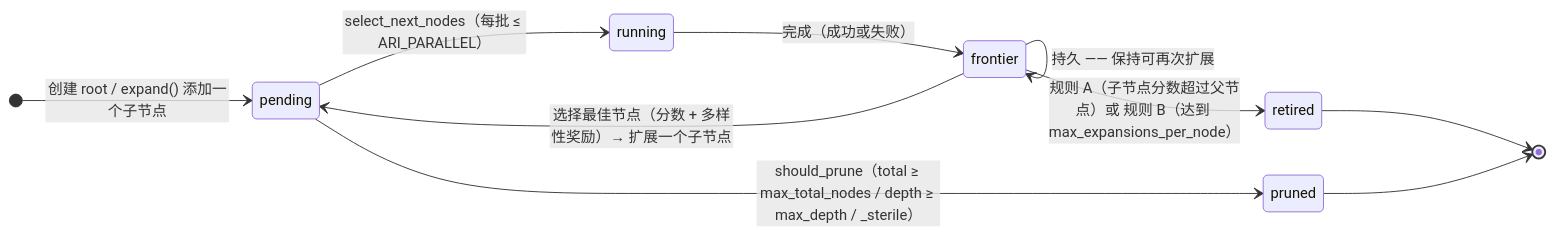
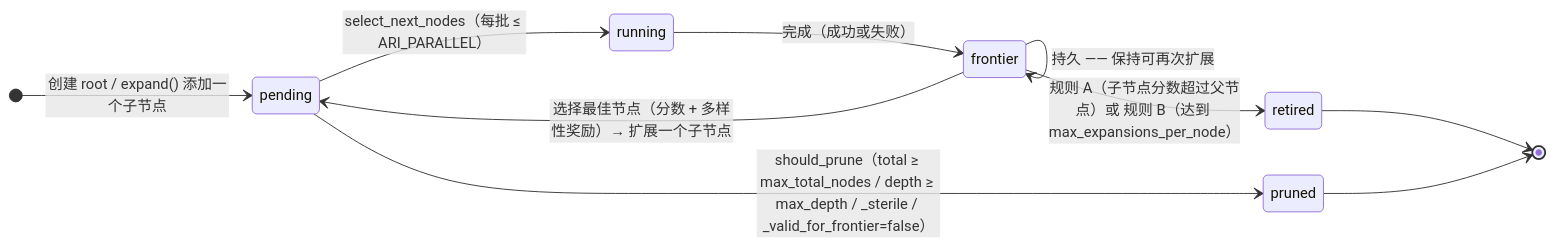
The diagram in docs/zh/concepts/bfts.md (kotama7/ARI), drawn with Mermaid before and after one commit. The commit also changed other lines of this file and 381 other files, not shown here.

````diff
--- a/docs/zh/concepts/bfts.md
+++ b/docs/zh/concepts/bfts.md
@@ -25,13 +25,13 @@
 ```mermaid
 stateDiagram-v2
     direction LR
     [*] --> pending: 创建 root / expand() 添加一个子节点
     pending --> running: select_next_nodes（每批 ≤ ARI_PARALLEL）
     running --> frontier: 完成（成功或失败）
     frontier --> frontier: 持久 —— 保持可再次扩展
     frontier --> pending: 选择最佳节点（分数 + 多样性奖励）→ 扩展一个子节点
     frontier --> retired: 规则 A（子节点分数超过父节点）或 规则 B（达到 max_expansions_per_node）
-    pending --> pruned: should_prune（total ≥ max_total_nodes / depth ≥ max_depth / _sterile）
+    pending --> pruned: should_prune（total ≥ max_total_nodes / depth ≥ max_depth / _sterile / _valid_for_frontier=false）
     retired --> [*]
     pruned --> [*]
 ```
````
